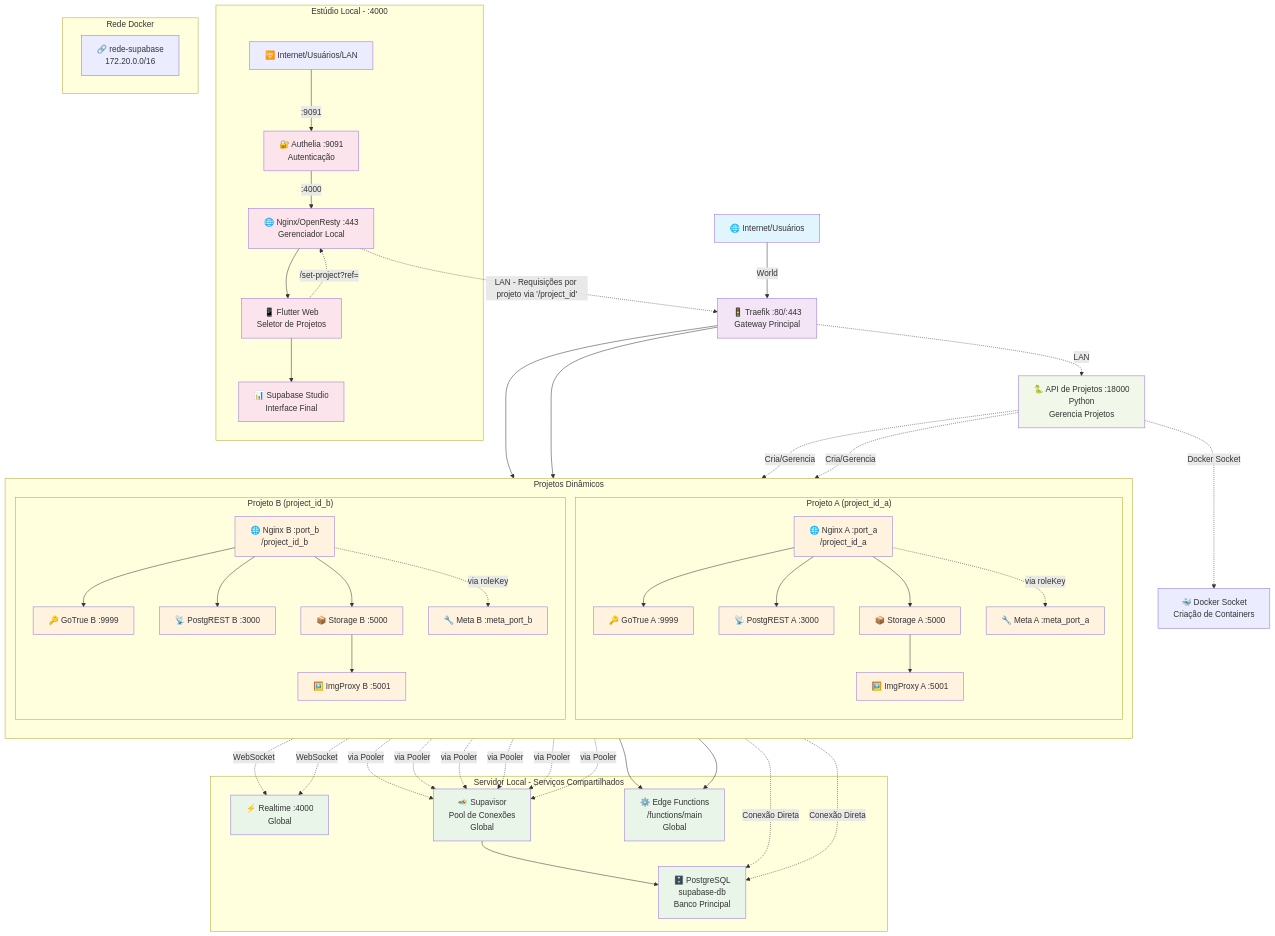
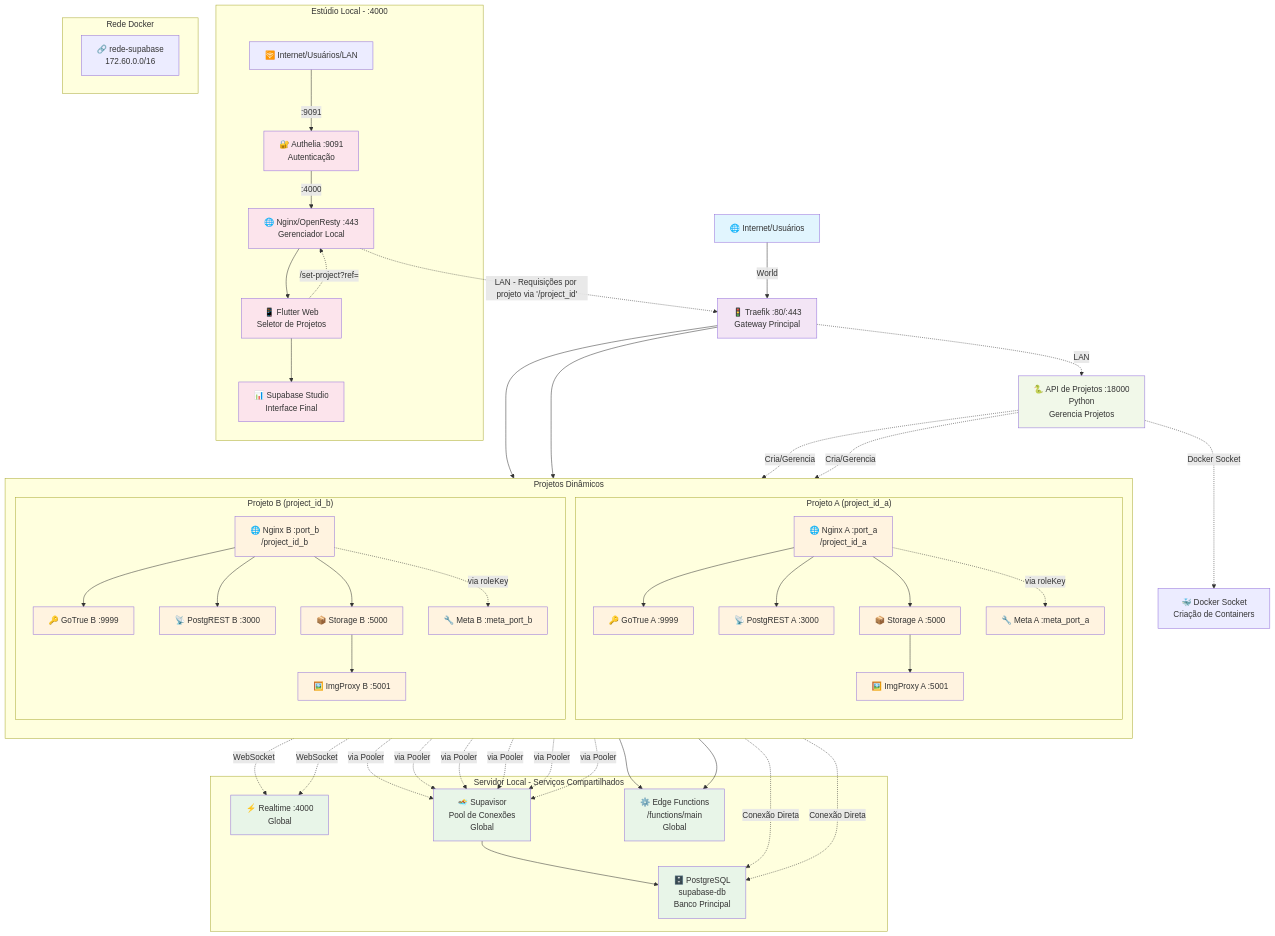
The diagram in LEIAME.md (GustavoMartins123/supabase-multitenant), drawn with Mermaid before and after one commit. The commit also changed 10 other files, not shown here.

```diff
--- a/LEIAME.md
+++ b/LEIAME.md
@@ -71,7 +71,7 @@
         subGraph3
   end
  subgraph subGraph5["Rede Docker"]
-        Network["🔗 rede-supabase\n172.20.0.0/16"]
+        Network["🔗 rede-supabase\n172.60.0.0/16"]
   end
     World["🌐 Internet/Usuários"] -- World --> Traefik["🚦 Traefik :80/:443\nGateway Principal"]
     Lan -- :9091 --> Authelia
```
